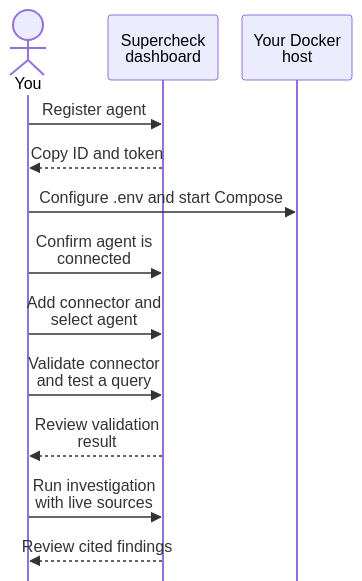
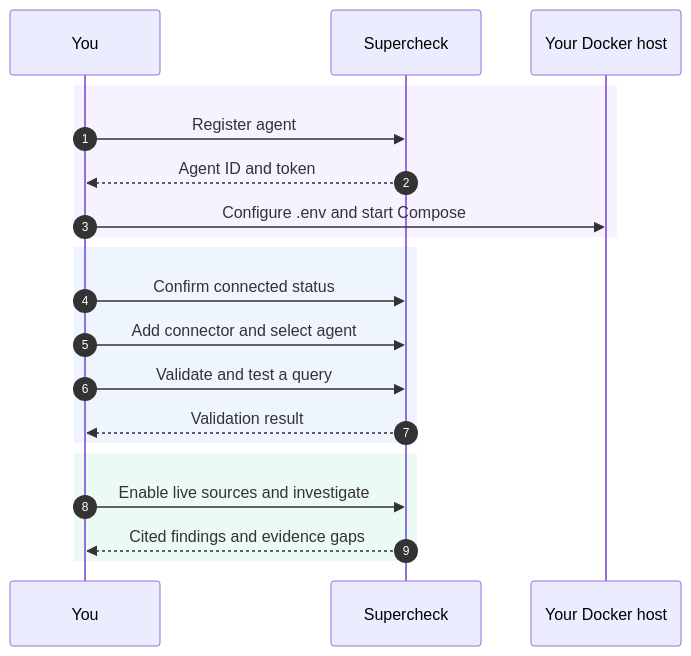
Before and after one commit to supercheck-io/supercheck: the diagram in docs/content/docs/app/deployment/private-agent.mdx, drawn with Mermaid. The commit also changed other lines of this file and 34 other files, not shown here.

Commit message:
docs: restore architecture and polish user workflows (#337)

````diff
--- a/docs/content/docs/app/deployment/private-agent.mdx
+++ b/docs/content/docs/app/deployment/private-agent.mdx
@@ -32,17 +33,25 @@
 ```mermaid
-%%{init: {"sequence": {"mirrorActors": false, "actorMargin": 24, "width": 110, "height": 65, "wrap": true}}}%%
 sequenceDiagram
-    actor You
-    participant Cloud as Supercheck dashboard
-    participant Host as Your Docker host
+    accTitle: Private Agent setup
+    accDescr: Register, start, validate, and use an agent for private evidence.
+    autonumber
+    participant You as You
+    participant App as Supercheck
+    participant Environment as Your Docker host
 
-    You->>Cloud: Register agent
-    Cloud-->>You: Copy ID and token
-    You->>Host: Configure .env and start Compose
-    You->>Cloud: Confirm agent is connected
-    You->>Cloud: Add connector and select agent
-    You->>Cloud: Validate connector and test a query
-    Cloud-->>You: Review validation result
-    You->>Cloud: Run investigation with live sources
-    Cloud-->>You: Review cited findings
+    rect rgba(139, 92, 246, 0.08)
+        You->>App: Register agent
+        App-->>You: Agent ID and token
+        You->>Environment: Configure .env and start Compose
+    end
+    rect rgba(59, 130, 246, 0.08)
+        You->>App: Confirm connected status
+        You->>App: Add connector and select agent
+        You->>App: Validate and test a query
+        App-->>You: Validation result
+    end
+    rect rgba(16, 185, 129, 0.08)
+        You->>App: Enable live sources and investigate
+        App-->>You: Cited findings and evidence gaps
+    end
 ```
````
